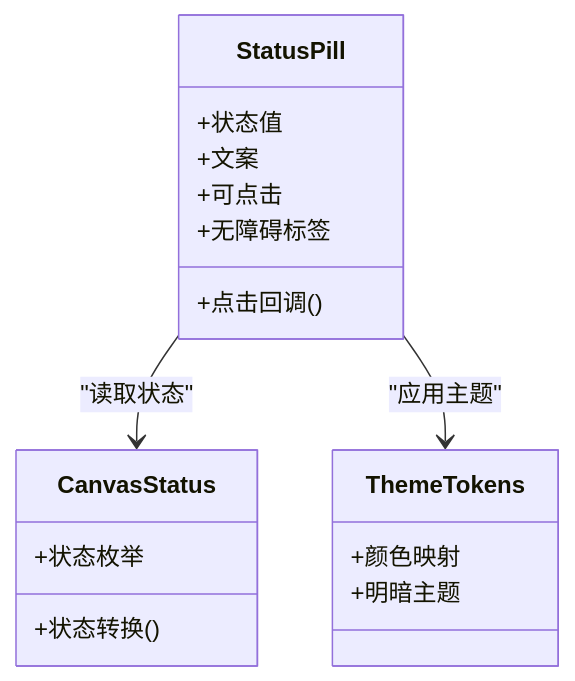
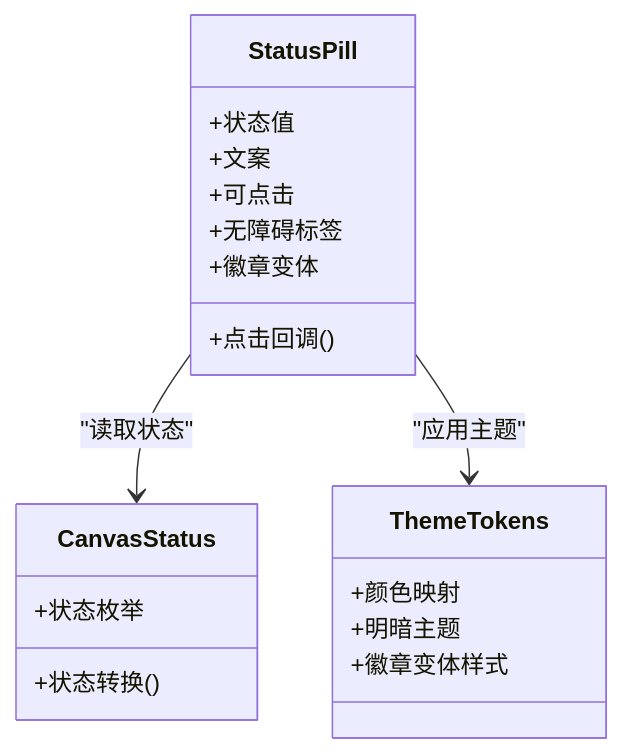
One commit to AIMFllyYS/code-video-canvas changed the third of 9 diagrams in .qoder/repowiki/zh/content/UI 组件库/业务组件/状态指示器组件.md. Above: the diagram before and after it, drawn with Mermaid. The commit also changed other lines of this file and 51 other files, not shown here.

````diff
--- a/.qoder/repowiki/zh/content/UI 组件库/业务组件/状态指示器组件.md
+++ b/.qoder/repowiki/zh/content/UI 组件库/业务组件/状态指示器组件.md
@@ -178,20 +191,22 @@
 ```mermaid
 classDiagram
 class StatusPill {
 +状态值
 +文案
 +可点击
 +无障碍标签
++徽章变体
 +点击回调()
 }
 class CanvasStatus {
 +状态枚举
 +状态转换()
 }
 class ThemeTokens {
 +颜色映射
 +明暗主题
++徽章变体样式
 }
 StatusPill --> CanvasStatus : "读取状态"
 StatusPill --> ThemeTokens : "应用主题"
 ```
````
